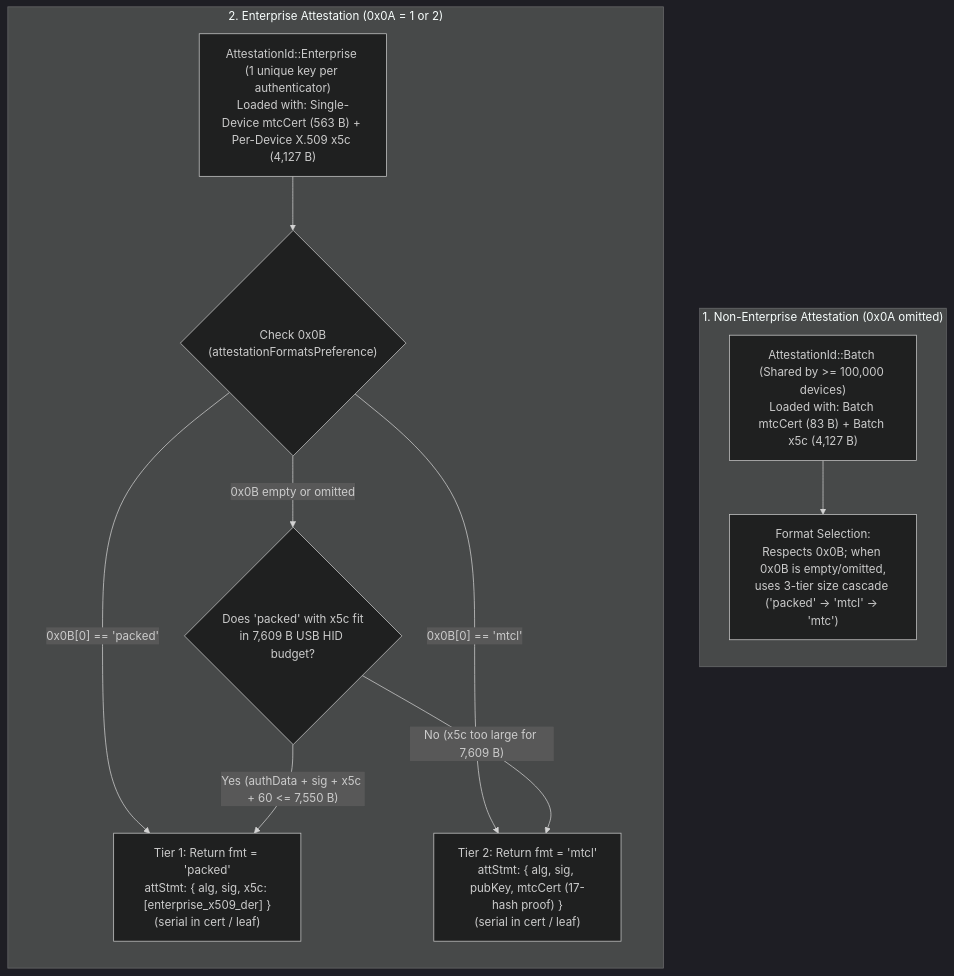
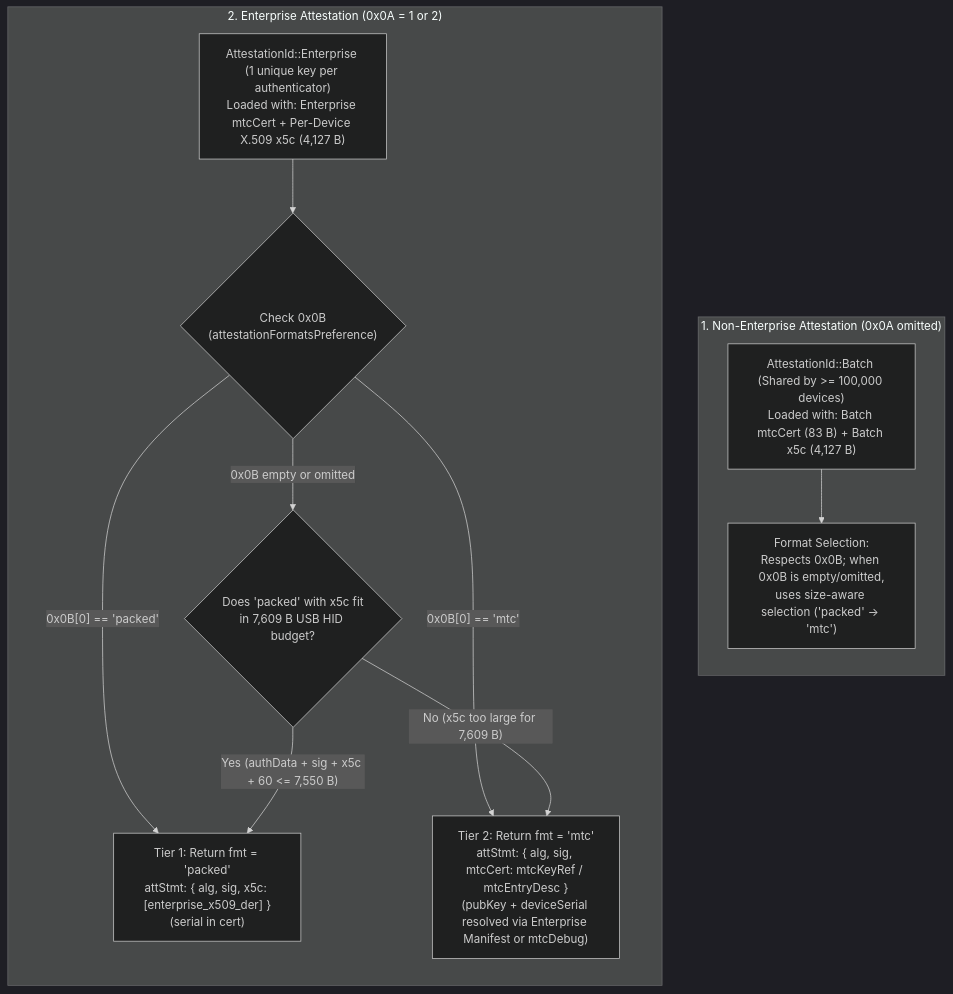
Before and after one commit to ve7jtb/ve7jtb.github.io: the third of 4 diagrams in pq_mtc_attestation_proposal.md, drawn with Mermaid (dark theme). The commit also changed other lines of this file and 3 other files, not shown here.

Commit message:
Remove fmt: mtcl from PQ MTC attestation proposal and index to align with WebAuthn Level 4 PR

````diff
--- a/pq_mtc_attestation_proposal.md
+++ b/pq_mtc_attestation_proposal.md
@@ -602,24 +570,24 @@
 ```mermaid
 flowchart TD
     subgraph NonEnt["1. Non-Enterprise Attestation (0x0A omitted)"]
         direction TB
         BatchKey["AttestationId::Batch (Shared by >= 100,000 devices)<br/>Loaded with: Batch mtcCert (83 B) + Batch x5c (4,127 B)"]
-        BatchCascade["Format Selection:<br/>Respects 0x0B; when 0x0B is empty/omitted,<br/>uses 3-tier size cascade ('packed' -> 'mtcl' -> 'mtc')"]
+        BatchCascade["Format Selection:<br/>Respects 0x0B; when 0x0B is empty/omitted,<br/>uses size-aware selection ('packed' -> 'mtc')"]
         BatchKey --> BatchCascade
     end
 
     subgraph Ent["2. Enterprise Attestation (0x0A = 1 or 2)"]
         direction TB
-        EntKey["AttestationId::Enterprise (1 unique key per authenticator)<br/>Loaded with: Single-Device mtcCert (563 B) + Per-Device X.509 x5c (4,127 B)"]
+        EntKey["AttestationId::Enterprise (1 unique key per authenticator)<br/>Loaded with: Enterprise mtcCert + Per-Device X.509 x5c (4,127 B)"]
         EntPref{"Check 0x0B<br/>(attestationFormatsPreference)"}
         EntSize{"Does 'packed' with x5c fit<br/>in 7,609 B USB HID budget?"}
-        EntPacked["Tier 1: Return fmt = 'packed'<br/>attStmt: { alg, sig, x5c: [enterprise_x509_der] }<br/>(serial in cert / leaf)"]
-        EntMtc["Tier 2: Return fmt = 'mtcl'<br/>attStmt: { alg, sig, pubKey, mtcCert (17-hash proof) }<br/>(serial in cert / leaf)"]
+        EntPacked["Tier 1: Return fmt = 'packed'<br/>attStmt: { alg, sig, x5c: [enterprise_x509_der] }<br/>(serial in cert)"]
+        EntMtc["Tier 2: Return fmt = 'mtc'<br/>attStmt: { alg, sig, mtcCert: mtcKeyRef / mtcEntryDesc }<br/>(pubKey + deviceSerial resolved via Enterprise Manifest or mtcDebug)"]
         EntKey --> EntPref
         EntPref -- "0x0B[0] == 'packed'" --> EntPacked
-        EntPref -- "0x0B[0] == 'mtcl'" --> EntMtc
+        EntPref -- "0x0B[0] == 'mtc'" --> EntMtc
         EntPref -- "0x0B empty or omitted" --> EntSize
         EntSize -- "Yes (authData + sig + x5c + 60 <= 7,550 B)" --> EntPacked
         EntSize -- "No (x5c too large for 7,609 B)" --> EntMtc
     end
 ```
````
